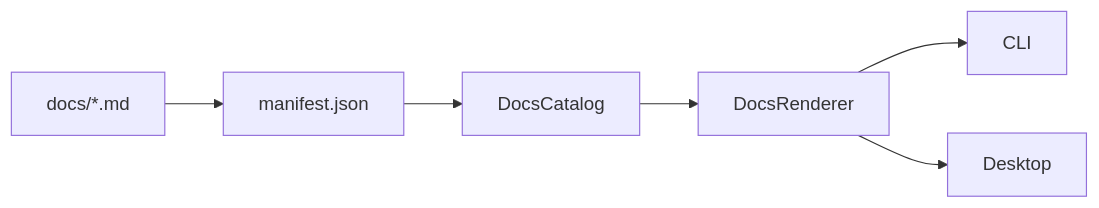
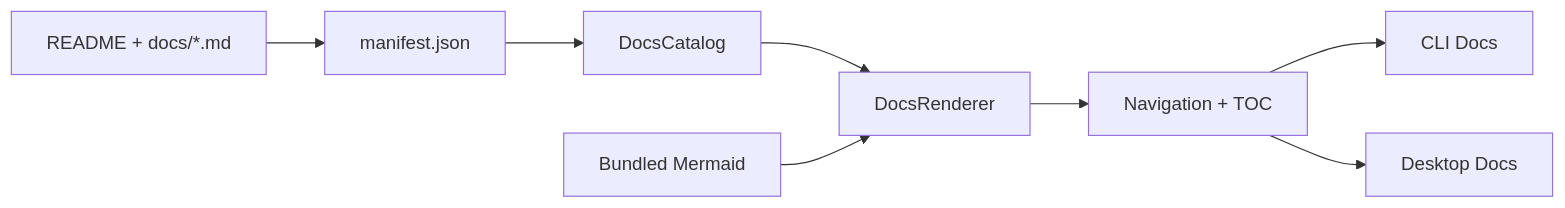
One commit to tks18/personal-finance-etl changed the ninth of 9 diagrams in README.md. Above: the diagram before and after it, drawn with Mermaid. The commit also changed other lines of this file, not shown here.

````diff
--- a/README.md
+++ b/README.md
@@ -898,8 +937,10 @@
 ```mermaid
 flowchart LR
-    MD["docs/*.md"] --> MAN["manifest.json"]
+    MD["README + docs/*.md"] --> MAN["manifest.json"]
     MAN --> CAT["DocsCatalog"]
     CAT --> RENDER["DocsRenderer"]
-    RENDER --> CLI["CLI"]
-    RENDER --> GUI["Desktop"]
+    MER["Bundled Mermaid"] --> RENDER
+    RENDER --> NAV["Navigation + TOC"]
+    NAV --> CLI["CLI Docs"]
+    NAV --> GUI["Desktop Docs"]
 ```
````
